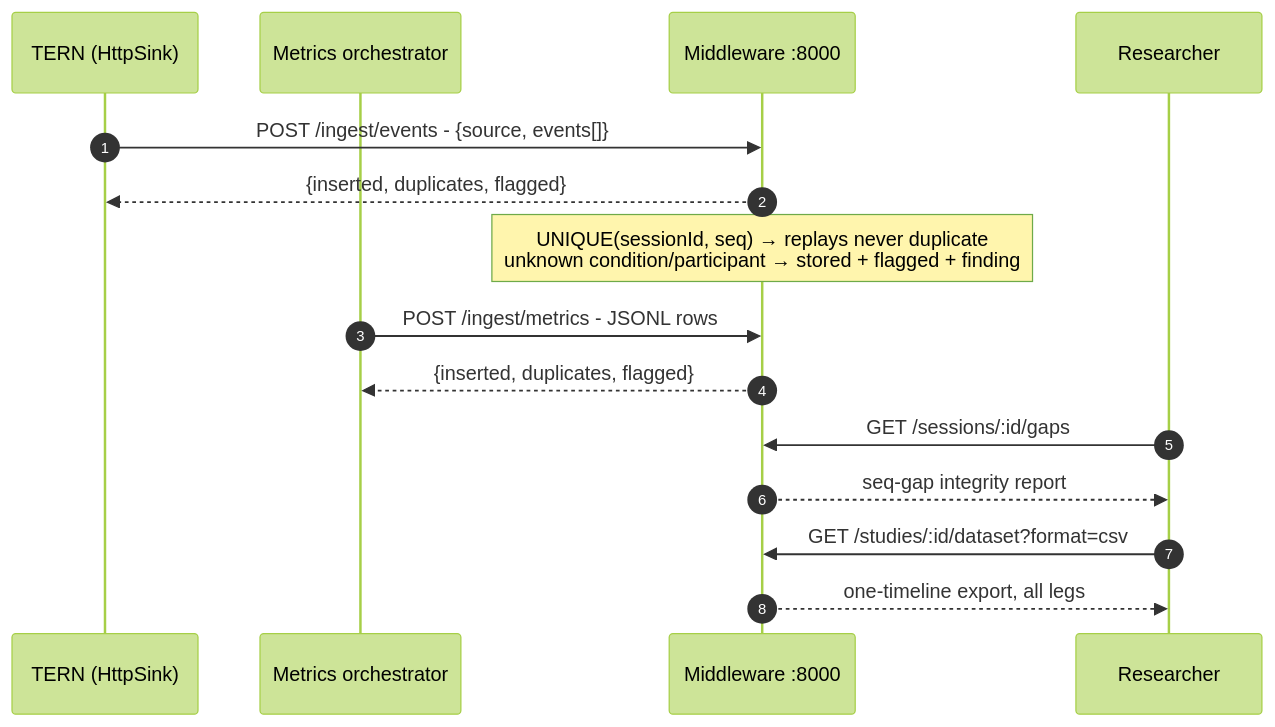
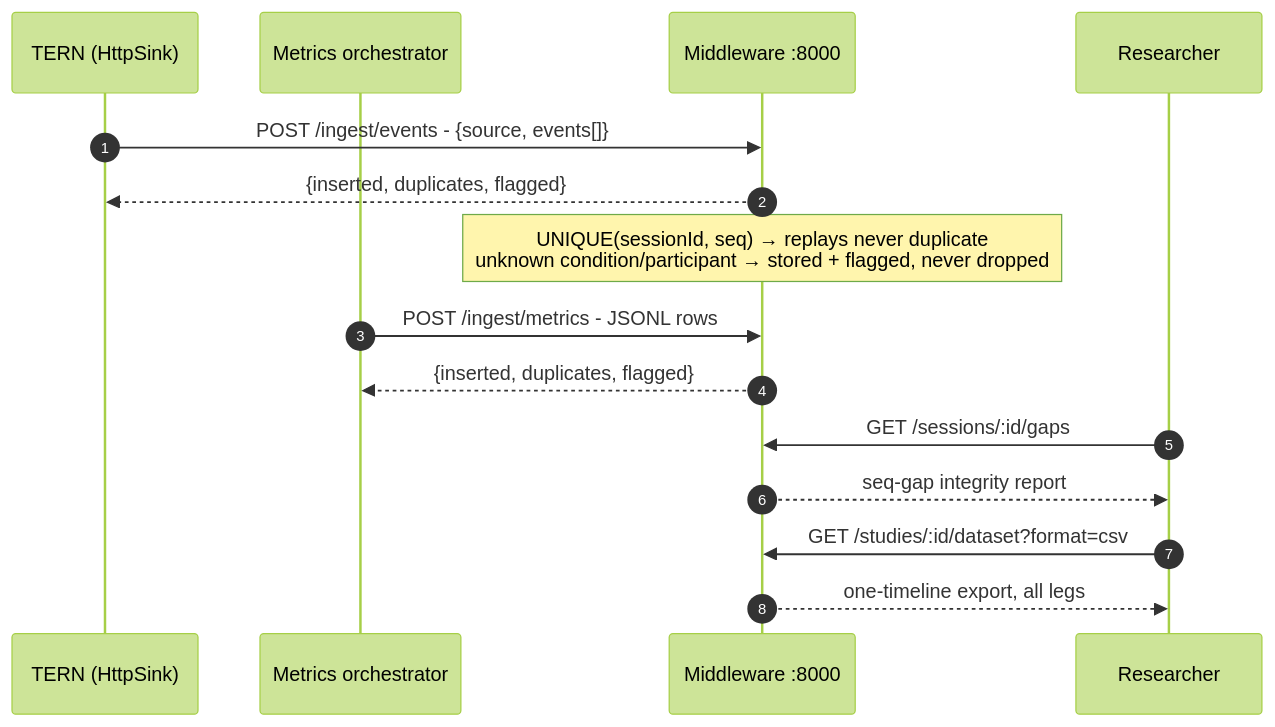
The diagram in middleware/README.md (idreesshaikh/human-ai-studies-framework), drawn with Mermaid (forest theme) before and after one commit. The commit also changed other lines of this file and 120 other files, not shown here.

````diff
--- a/middleware/README.md
+++ b/middleware/README.md
@@ -8,18 +8,18 @@
 ```mermaid
 sequenceDiagram
     autonumber
     participant O as TERN (HttpSink)
     participant X as Metrics orchestrator
     participant M as Middleware :8000
     participant R as Researcher
 
     O->>M: POST /ingest/events - {source, events[]}
     M-->>O: {inserted, duplicates, flagged}
-    Note over M: UNIQUE(sessionId, seq) → replays never duplicate<br/>unknown condition/participant → stored + flagged + finding
+    Note over M: UNIQUE(sessionId, seq) → replays never duplicate<br/>unknown condition/participant → stored + flagged, never dropped
     X->>M: POST /ingest/metrics - JSONL rows
     M-->>X: {inserted, duplicates, flagged}
     R->>M: GET /sessions/:id/gaps
     M-->>R: seq-gap integrity report
     R->>M: GET /studies/:id/dataset?format=csv
     M-->>R: one-timeline export, all legs
 ```
````
